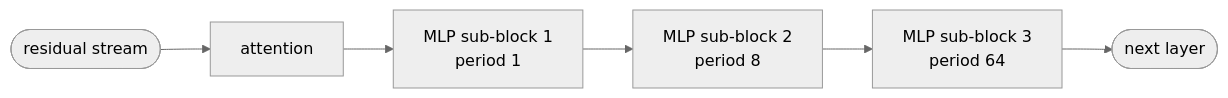
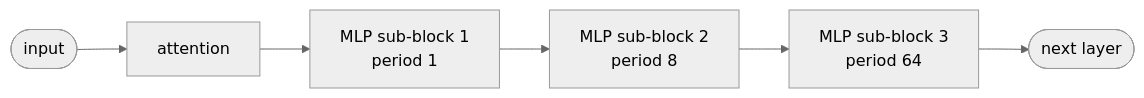
One commit to sykeriin/catadye changed the first of 2 diagrams in README.md. Above: the diagram before and after it, drawn with Mermaid (neutral theme). The commit also changed other lines of this file and 3 other files, not shown here.

````diff
--- a/README.md
+++ b/README.md
@@ -31,8 +23,8 @@
 ```mermaid
 flowchart LR
-    x([residual stream]) --> A[attention]
+    x([input]) --> A[attention]
     A --> S1["MLP sub-block 1<br/>period 1"]
     S1 --> S2["MLP sub-block 2<br/>period 8"]
     S2 --> S3["MLP sub-block 3<br/>period 64"]
     S3 --> y([next layer])
 ```
````
